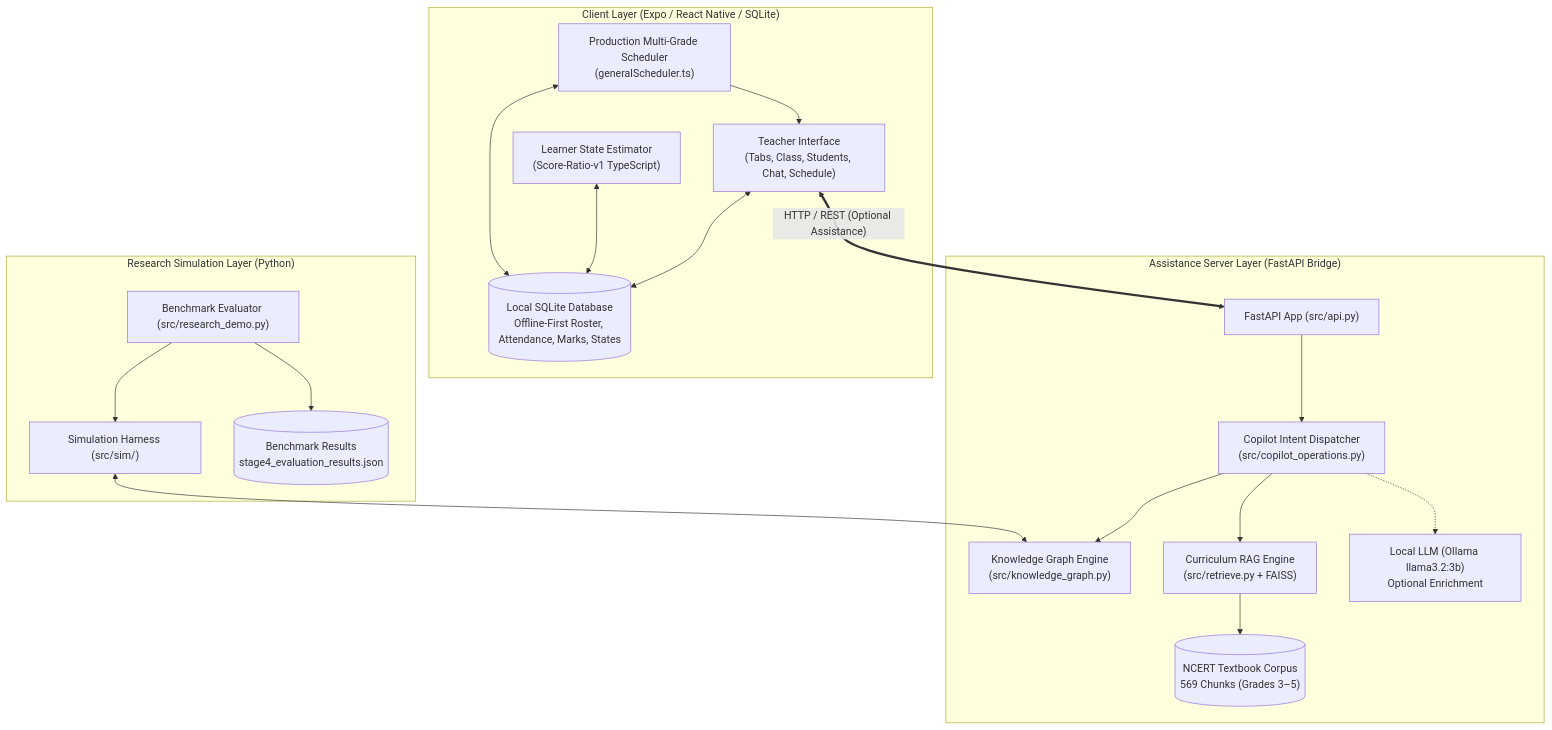
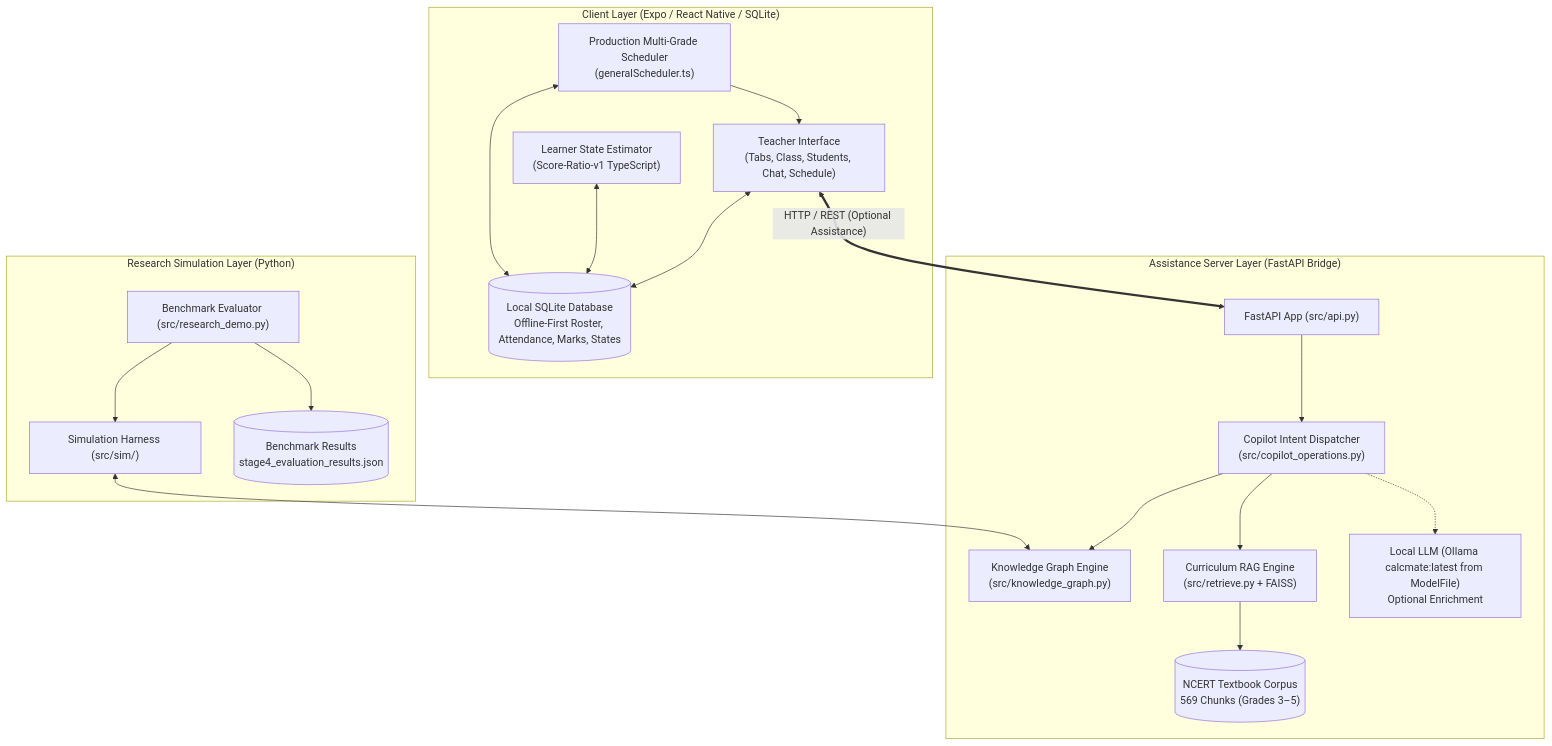
The first of 2 diagrams in docs/ARCHITECTURE.md (anirudhkrishna-06/calcmate-fyp), drawn with Mermaid before and after one commit. The commit also changed other lines of this file and 23 other files, not shown here.

````diff
--- a/docs/ARCHITECTURE.md
+++ b/docs/ARCHITECTURE.md
@@ -13,39 +13,39 @@
 ```mermaid
 flowchart TD
     subgraph Client ["Client Layer (Expo / React Native / SQLite)"]
         UI["Teacher Interface<br/>(Tabs, Class, Students, Chat, Schedule)"]
         LocalDB[("Local SQLite Database<br/>Offline-First Roster, Attendance, Marks, States")]
         LSE["Learner State Estimator<br/>(Score-Ratio-v1 TypeScript)"]
         SchedulerTS["Production Multi-Grade Scheduler<br/>(generalScheduler.ts)"]
         UI <--> LocalDB
         LSE <--> LocalDB
         SchedulerTS <--> LocalDB
         SchedulerTS --> UI
     end
 
     subgraph Server ["Assistance Server Layer (FastAPI Bridge)"]
         API["FastAPI App (src/api.py)"]
         Copilot["Copilot Intent Dispatcher<br/>(src/copilot_operations.py)"]
         KG["Knowledge Graph Engine<br/>(src/knowledge_graph.py)"]
         RAG["Curriculum RAG Engine<br/>(src/retrieve.py + FAISS)"]
         NCERT[("NCERT Textbook Corpus<br/>569 Chunks (Grades 3–5)")]
-        LocalOllama["Local LLM (Ollama llama3.2:3b)<br/>Optional Enrichment"]
+        LocalOllama["Local LLM (Ollama calcmate:latest from ModelFile)<br/>Optional Enrichment"]
         
         API --> Copilot
         Copilot --> KG
         Copilot --> RAG
         RAG --> NCERT
         Copilot -.-> LocalOllama
     end
 
     subgraph Research ["Research Simulation Layer (Python)"]
         Sim["Simulation Harness (src/sim/)"]
         Bench["Benchmark Evaluator (src/research_demo.py)"]
         Results[("Benchmark Results<br/>stage4_evaluation_results.json")]
         Sim <--> KG
         Bench --> Sim
         Bench --> Results
     end
 
     UI <== "HTTP / REST (Optional Assistance)" ==> API
 ```
````
